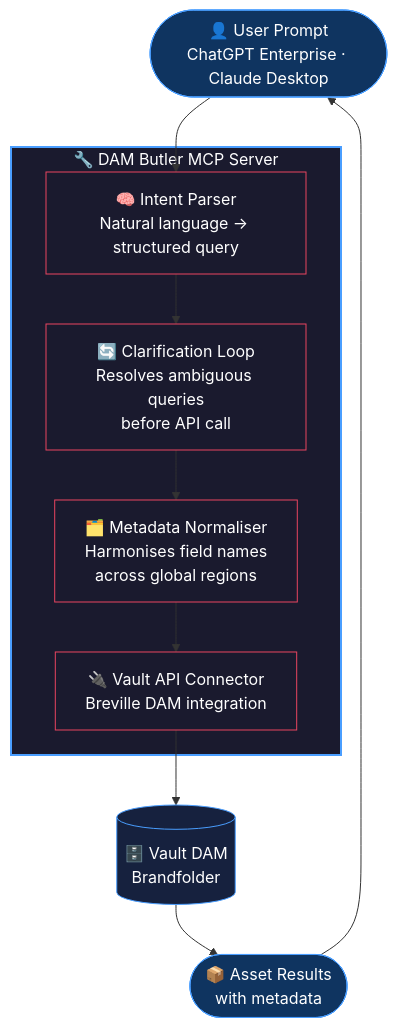
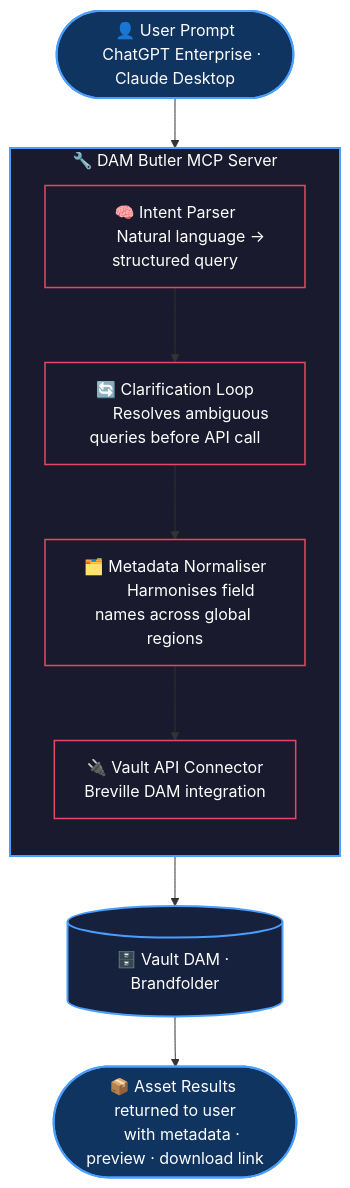
The diagram in README.md (vnsavitri/dam-butler-mcp), drawn with Mermaid before and after one commit.

Commit message:
Refactor architecture diagram in README

````diff
--- a/README.md
+++ b/README.md
@@ -41,26 +40,46 @@
 ```mermaid
 flowchart TD
-    A(["👤 User Prompt\nChatGPT Enterprise · Claude Desktop"])
+    A(["👤 User Prompt
+    ChatGPT Enterprise · Claude Desktop"])
 
     A --> B
 
-    subgraph MCP ["🔧 DAM Butler MCP Server"]
-        B["🧠 Intent Parser\nNatural language → structured query"]
-        B --> C["🔄 Clarification Loop\nResolves ambiguous queries\nbefore API call"]
-        C --> D["🗂️ Metadata Normaliser\nHarmonises field names\nacross global regions"]
-        D --> E["🔌 Vault API Connector\nBreville DAM integration"]
+    subgraph MCP ["  🔧  DAM Butler MCP Server  "]
+        direction TB
+        B["🧠 Intent Parser
+        Natural language → structured query"]
+
+        B --> C
+
+        C["🔄 Clarification Loop
+        Resolves ambiguous queries before API call"]
+
+        C --> D
+
+        D["🗂️ Metadata Normaliser
+        Harmonises field names across global regions"]
+
+        D --> E
+
+        E["🔌 Vault API Connector
+        Breville DAM integration"]
     end
 
-    E --> F[("🗄️ Vault DAM\nBrandfolder")]
-    F --> G(["📦 Asset Results\nwith metadata"])
-    G --> A
+    E --> F
+
+    F[("🗄️ Vault DAM · Brandfolder")]
+
+    F --> G
+
+    G(["📦 Asset Results returned to user
+    with metadata · preview · download link"])
 
     style MCP fill:#1a1a2e,stroke:#4a9eff,stroke-width:2px,color:#ffffff
-    style A fill:#0f3460,stroke:#4a9eff,color:#ffffff
-    style F fill:#16213e,stroke:#4a9eff,color:#ffffff
-    style G fill:#0f3460,stroke:#4a9eff,color:#ffffff
-    style B fill:#1a1a2e,stroke:#e94560,color:#ffffff
-    style C fill:#1a1a2e,stroke:#e94560,color:#ffffff
-    style D fill:#1a1a2e,stroke:#e94560,color:#ffffff
-    style E fill:#1a1a2e,stroke:#e94560,color:#ffffff
+    style A fill:#0f3460,stroke:#4a9eff,stroke-width:2px,color:#ffffff
+    style B fill:#1a1a2e,stroke:#e94560,stroke-width:1.5px,color:#ffffff
+    style C fill:#1a1a2e,stroke:#e94560,stroke-width:1.5px,color:#ffffff
+    style D fill:#1a1a2e,stroke:#e94560,stroke-width:1.5px,color:#ffffff
+    style E fill:#1a1a2e,stroke:#e94560,stroke-width:1.5px,color:#ffffff
+    style F fill:#16213e,stroke:#4a9eff,stroke-width:2px,color:#ffffff
+    style G fill:#0f3460,stroke:#4a9eff,stroke-width:2px,color:#ffffff
 ```
````
